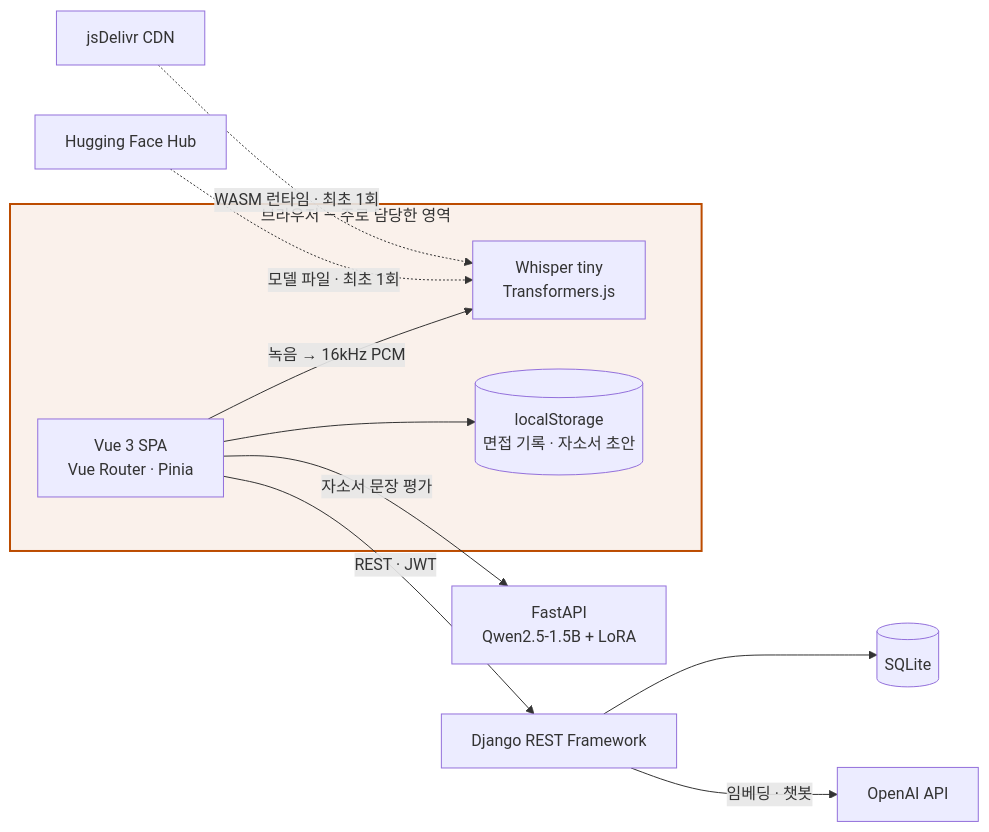
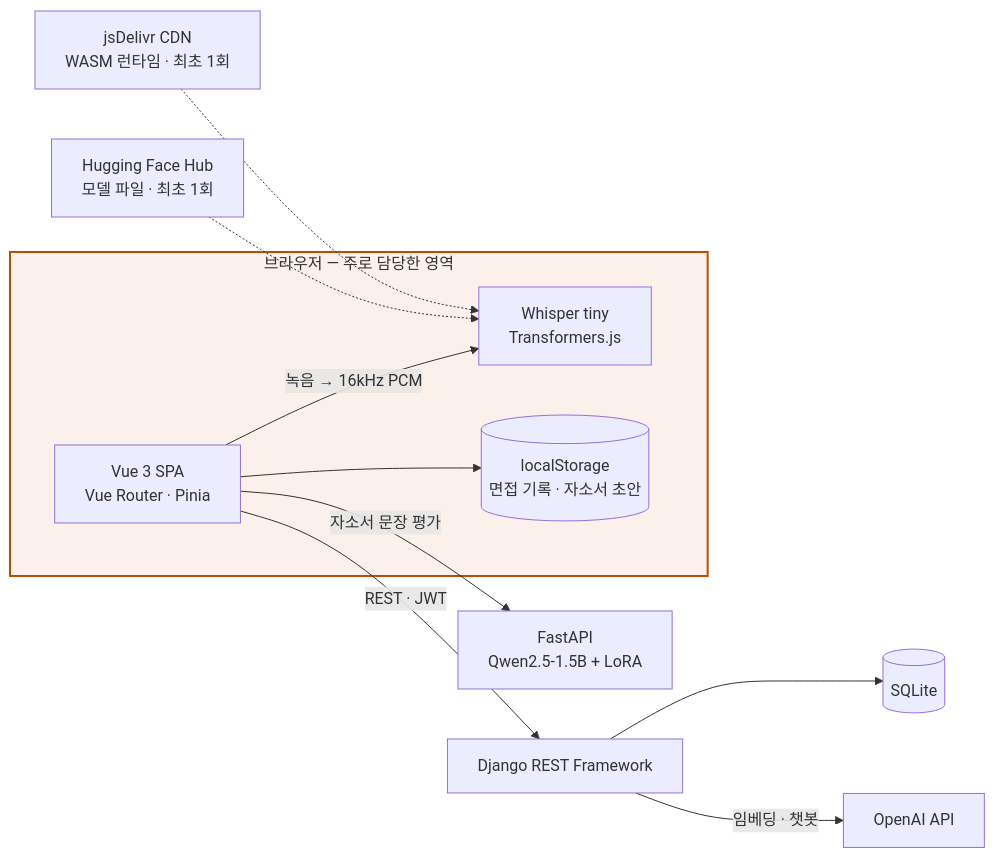
The third of 3 diagrams in README.md (handongin1500/handongin1500), drawn with Mermaid before and after one commit. The commit also changed other lines of this file and 7 other files, not shown here.

````diff
--- a/README.md
+++ b/README.md
@@ -368,17 +368,17 @@
 ```mermaid
 flowchart LR
   subgraph Browser["브라우저 — 주로 담당한 영역"]
     UI["Vue 3 SPA<br/>Vue Router · Pinia"]
     STT["Whisper tiny<br/>Transformers.js"]
     LS[("localStorage<br/>면접 기록 · 자소서 초안")]
     UI -->|"녹음 → 16kHz PCM"| STT
     UI --> LS
   end
-  HF["Hugging Face Hub"] -.->|"모델 파일 · 최초 1회"| STT
-  CDN["jsDelivr CDN"] -.->|"WASM 런타임 · 최초 1회"| STT
+  HF["Hugging Face Hub<br/>모델 파일 · 최초 1회"] -.-> STT
+  CDN["jsDelivr CDN<br/>WASM 런타임 · 최초 1회"] -.-> STT
   UI -->|"REST · JWT"| DRF["Django REST Framework"]
   UI -->|"자소서 문장 평가"| EVAL["FastAPI<br/>Qwen2.5-1.5B + LoRA"]
   DRF --> DB[("SQLite")]
   DRF -->|"임베딩 · 챗봇"| GPT["OpenAI API"]
   style Browser fill:#BC4C0014,stroke:#BC4C00,stroke-width:2px
 ```
````
